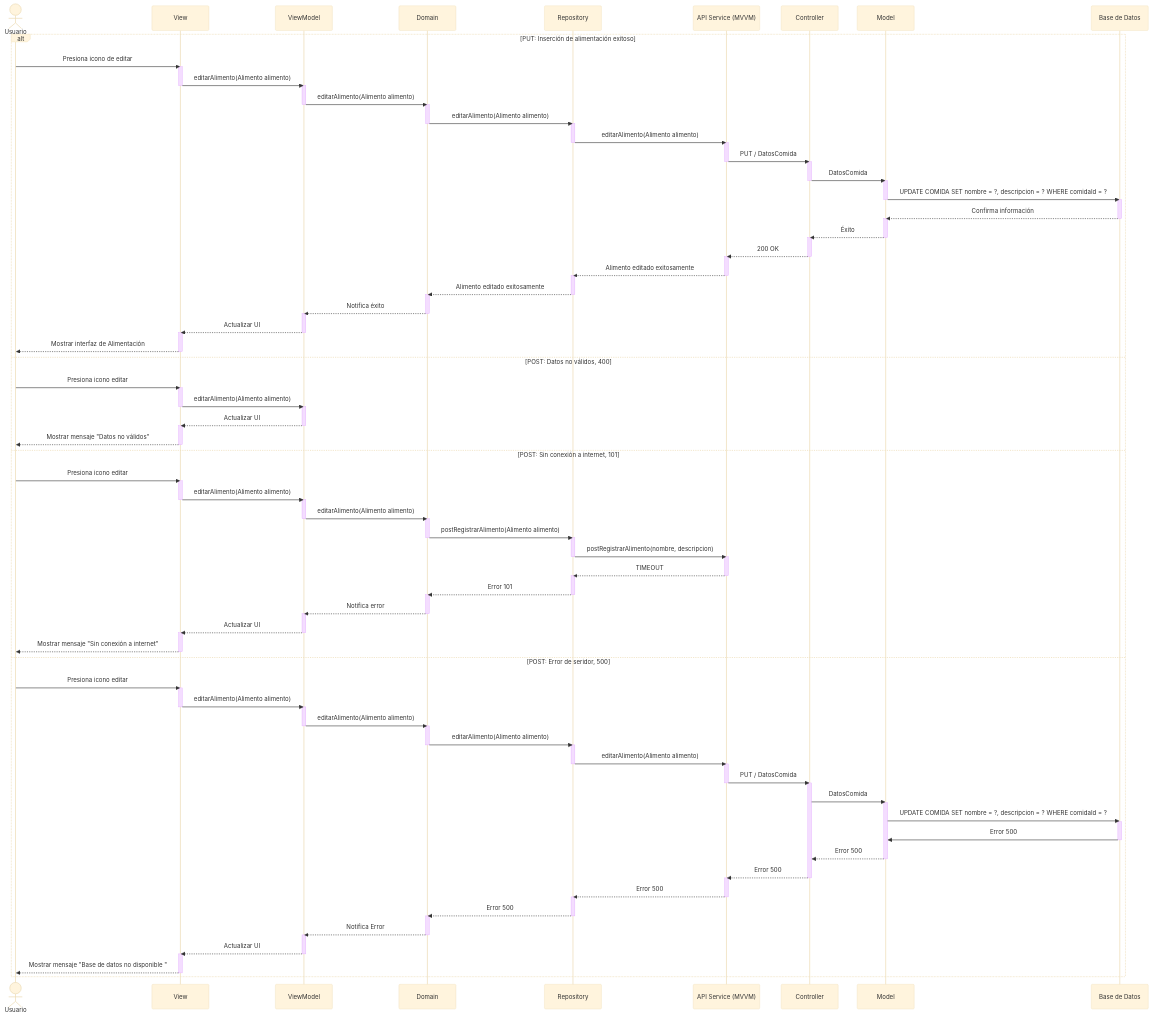
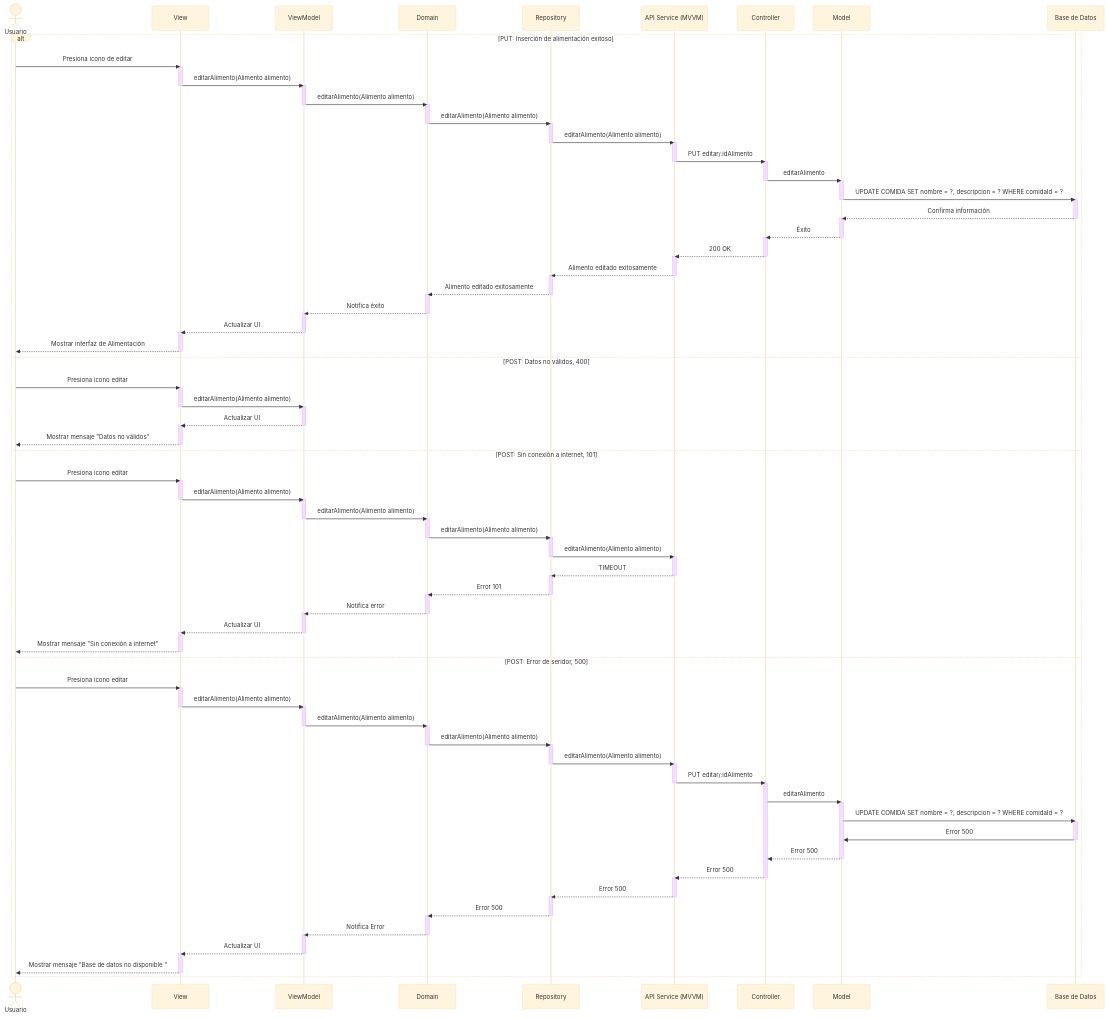
The diagram in documentation/docs/proyectos/larvas/documentacion/requisitos/RF24.md (CodeAnd-Co/Documentacion), drawn with Mermaid (base theme) before and after one commit. The commit also changed other lines of this file, not shown here.

Commit message:
Corregir ruta y nombre de funciones

```diff
--- a/documentation/docs/proyectos/larvas/documentacion/requisitos/RF24.md
+++ b/documentation/docs/proyectos/larvas/documentacion/requisitos/RF24.md
@@ -52,11 +51,11 @@
         deactivate Repository
         activate APIService
 
-        APIService->>Controller: PUT / DatosComida
+        APIService->>Controller: PUT editar/:idAlimento
         deactivate APIService
         activate Controller
 
-        Controller->>Model: DatosComida
+        Controller->>Model: editarAlimento
         deactivate Controller
         activate Model
 
@@ -123,11 +122,11 @@
         deactivate ViewModel
         activate Domain
 
-        Domain->>Repository: postRegistrarAlimento(Alimento alimento)
+        Domain->>Repository: editarAlimento(Alimento alimento)
         deactivate Domain
         activate Repository
 
-        Repository->>APIService: postRegistrarAlimento(nombre, descripcion)
+        Repository->>APIService: editarAlimento(Alimento alimento)
         deactivate Repository
         activate APIService
 
@@ -170,11 +169,11 @@
         deactivate Repository
         activate APIService
 
-        APIService->>Controller: PUT / DatosComida
+        APIService->>Controller: PUT editar/:idAlimento
         deactivate APIService
         activate Controller
 
-        Controller->>Model: DatosComida
+        Controller->>Model: editarAlimento
         
         activate Model
 
```
